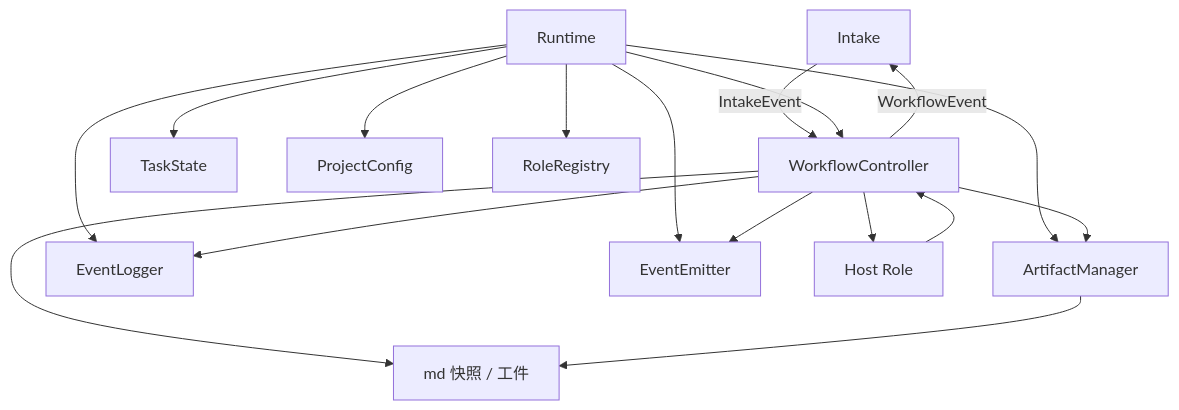
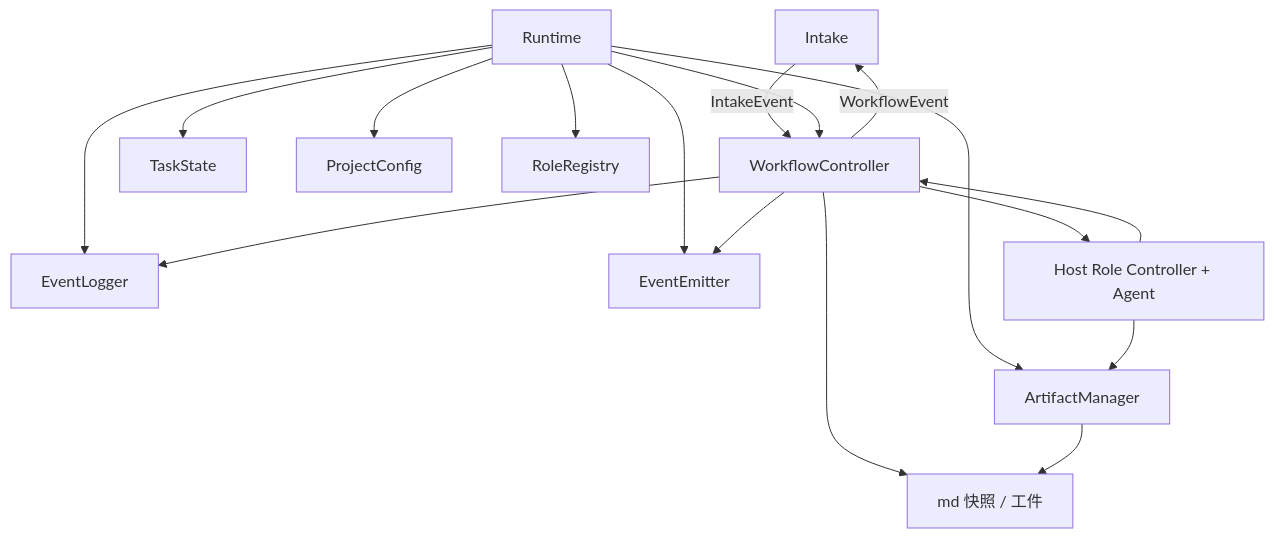
The second of 6 diagrams in roleflow/clarifications/0.1.0/default-workflow-workflow-layer-prd.md (AryzingKhaos/AegisFlow), drawn with Mermaid before and after one commit. The commit also changed other lines of this file and 7 other files, not shown here.

````diff
--- a/roleflow/clarifications/0.1.0/default-workflow-workflow-layer-prd.md
+++ b/roleflow/clarifications/0.1.0/default-workflow-workflow-layer-prd.md
@@ -112,31 +115,31 @@
 ```mermaid
 flowchart TB
     IA[Intake]
     WF[WorkflowController]
     RT[Runtime]
     TS[TaskState]
     PC[ProjectConfig]
     RR[RoleRegistry]
     AM[ArtifactManager]
     EL[EventLogger]
     EE[EventEmitter]
-    ROLE[Host Role]
+    ROLE[Host Role Controller + Agent]
     FS[md 快照 / 工件]
 
     IA -->|IntakeEvent| WF
     WF -->|WorkflowEvent| IA
     RT --> WF
     RT --> TS
     RT --> PC
     RT --> RR
     RT --> AM
     RT --> EL
     RT --> EE
     WF --> ROLE
     ROLE --> WF
-    WF --> AM
+    ROLE --> AM
     WF --> EL
     WF --> EE
     WF --> FS
     AM --> FS
 ```
````
